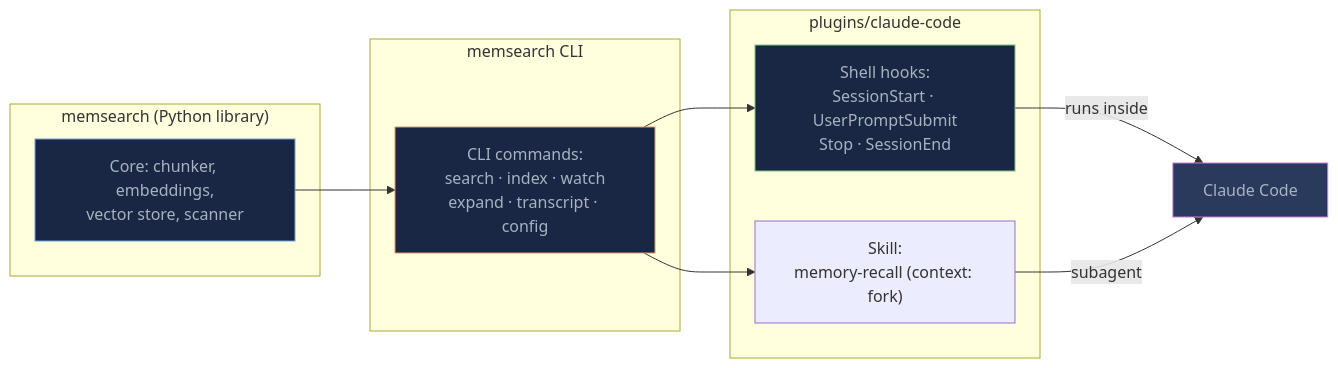
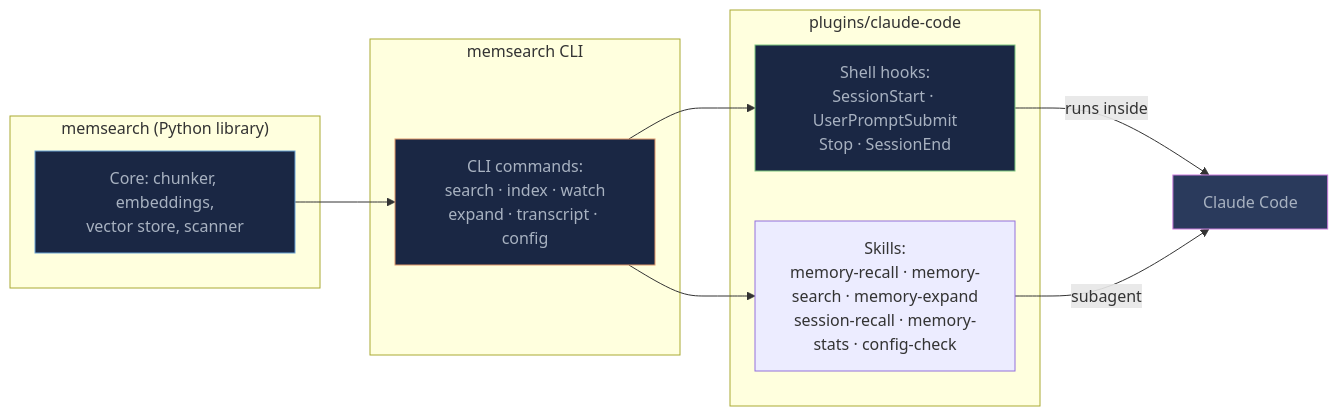
One commit to zilliztech/memsearch changed the first of 3 diagrams in docs/platforms/claude-code/how-it-works.md. Above: the diagram before and after it, drawn with Mermaid. The commit also changed other lines of this file and 11 other files, not shown here.

Commit message:
feat: add direct Claude Code memory skills

````diff
--- a/docs/platforms/claude-code/how-it-works.md
+++ b/docs/platforms/claude-code/how-it-works.md
@@ -7,26 +7,26 @@
 ```mermaid
 graph LR
     subgraph "memsearch (Python library)"
         LIB[Core: chunker, embeddings,<br/>vector store, scanner]
     end
 
     subgraph "memsearch CLI"
         CLI["CLI commands:<br/>search · index · watch<br/>expand · transcript · config"]
     end
 
     subgraph "plugins/claude-code"
         HOOKS["Shell hooks:<br/>SessionStart · UserPromptSubmit<br/>Stop · SessionEnd"]
-        SKILL["Skill:<br/>memory-recall (context: fork)"]
+        SKILL["Skills:<br/>memory-recall · memory-search · memory-expand<br/>session-recall · memory-stats · config-check"]
     end
 
     LIB --> CLI
     CLI --> HOOKS
     CLI --> SKILL
     HOOKS -->|"runs inside"| CC[Claude Code]
     SKILL -->|"subagent"| CC
 
     style LIB fill:#1a2744,stroke:#6ba3d6,color:#a8b2c1
     style CLI fill:#1a2744,stroke:#e0976b,color:#a8b2c1
     style HOOKS fill:#1a2744,stroke:#7bc67e,color:#a8b2c1
     style CC fill:#2a3a5c,stroke:#c97bdb,color:#a8b2c1
 ```
````
